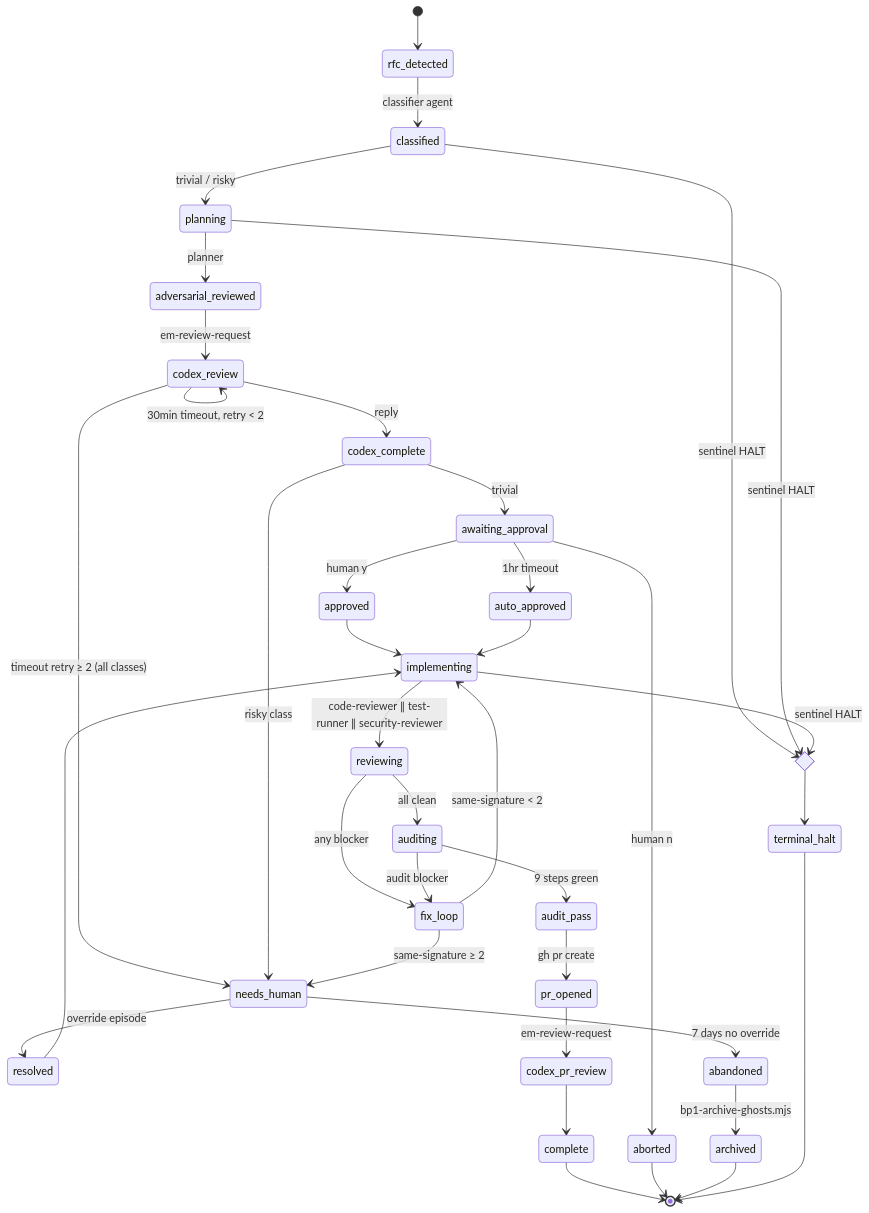
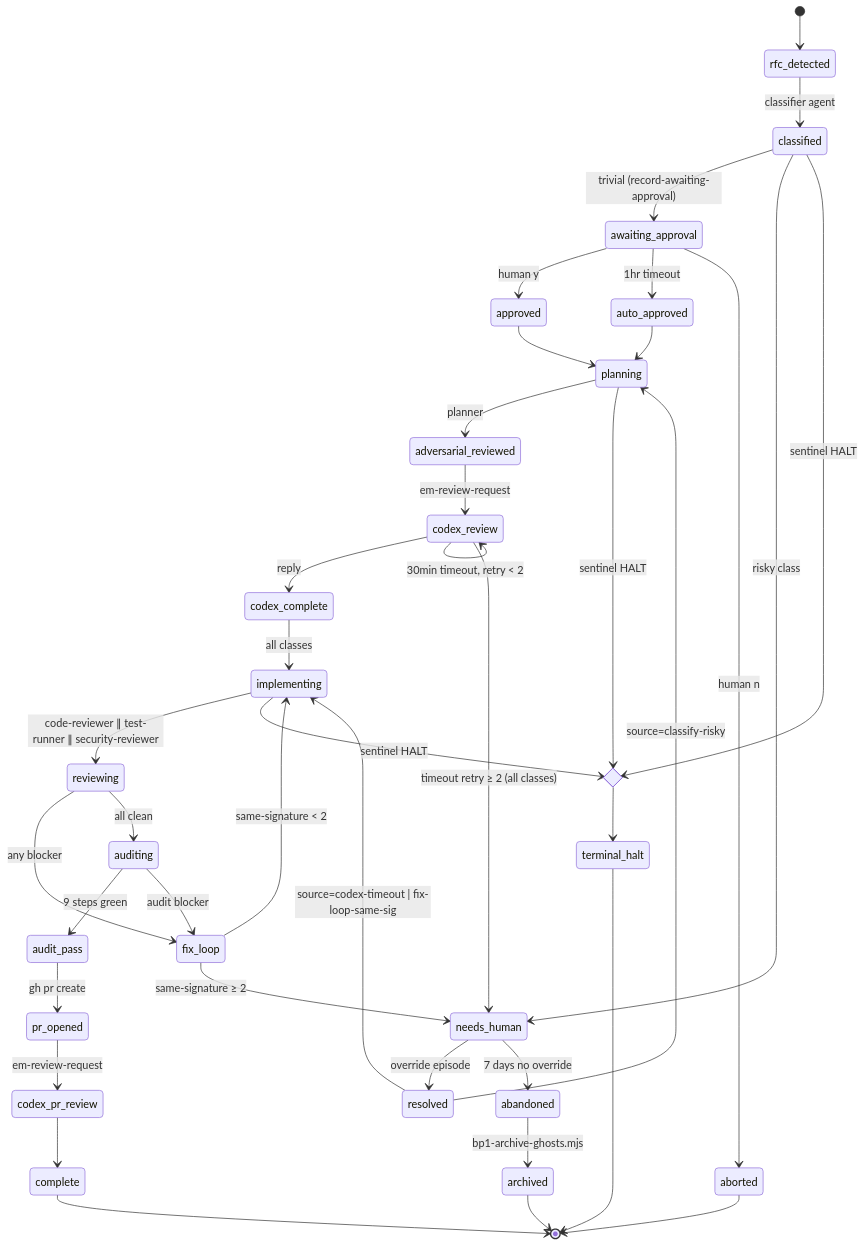
Before and after one commit to lantisprime/episodic-memory: the second of 7 diagrams in docs/rfcs/RFC-004-bp1-auto-pilot.md, drawn with Mermaid. The commit also changed other lines of this file and 11 other files, not shown here.

First line of the commit message:
feat(rfc-004): slice 2d-W — record-awaiting-approval + marker library (#305)

````diff
--- a/docs/rfcs/RFC-004-bp1-auto-pilot.md
+++ b/docs/rfcs/RFC-004-bp1-auto-pilot.md
@@ -313,42 +313,43 @@
 ```mermaid
 stateDiagram-v2
     [*] --> rfc_detected
     rfc_detected --> classified: classifier agent
-    classified --> planning: trivial / risky
+    classified --> awaiting_approval: trivial (record-awaiting-approval)
+    classified --> needs_human: risky class
+    awaiting_approval --> approved: human y
+    awaiting_approval --> auto_approved: 1hr timeout
+    awaiting_approval --> aborted: human n
+    approved --> planning
+    auto_approved --> planning
     planning --> adversarial_reviewed: planner
     adversarial_reviewed --> codex_review: em-review-request
     codex_review --> codex_complete: reply
     codex_review --> codex_review: 30min timeout, retry < 2
     codex_review --> needs_human: timeout retry ≥ 2 (all classes)
-    codex_complete --> awaiting_approval: trivial
-    codex_complete --> needs_human: risky class
-    awaiting_approval --> approved: human y
-    awaiting_approval --> auto_approved: 1hr timeout
-    awaiting_approval --> aborted: human n
-    approved --> implementing
-    auto_approved --> implementing
+    codex_complete --> implementing: all classes
     needs_human --> resolved: override episode
     needs_human --> abandoned: 7 days no override
-    resolved --> implementing
+    resolved --> planning: source=classify-risky
+    resolved --> implementing: source=codex-timeout | fix-loop-same-sig
     implementing --> reviewing: code-reviewer ∥ test-runner ∥ security-reviewer
     reviewing --> fix_loop: any blocker
     reviewing --> auditing: all clean
     fix_loop --> implementing: same-signature < 2
     fix_loop --> needs_human: same-signature ≥ 2
     auditing --> audit_pass: 9 steps green
     auditing --> fix_loop: audit blocker
     audit_pass --> pr_opened: gh pr create
     pr_opened --> codex_pr_review: em-review-request
     codex_pr_review --> complete
     complete --> [*]
     aborted --> [*]
     abandoned --> archived: bp1-archive-ghosts.mjs
     archived --> [*]
 
     state halted <<choice>>
     classified --> halted: sentinel HALT
     planning --> halted: sentinel HALT
     implementing --> halted: sentinel HALT
     halted --> terminal_halt
     terminal_halt --> [*]
 ```
````
